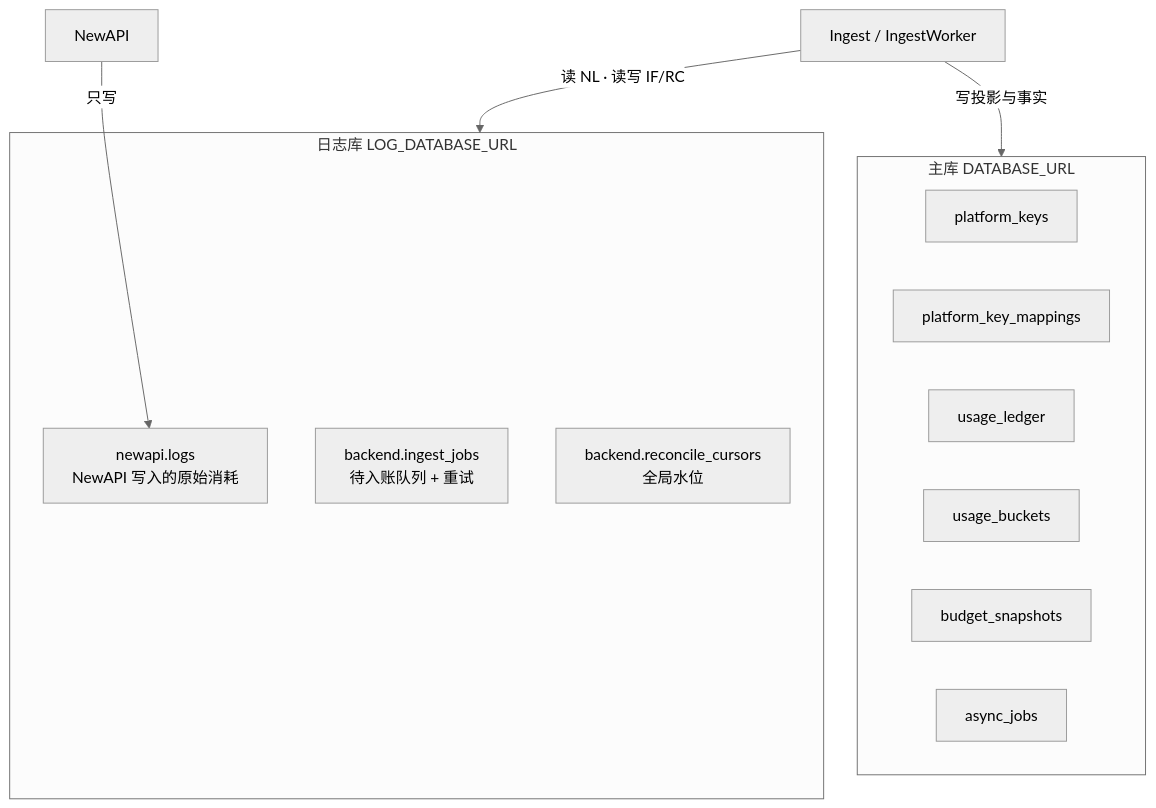
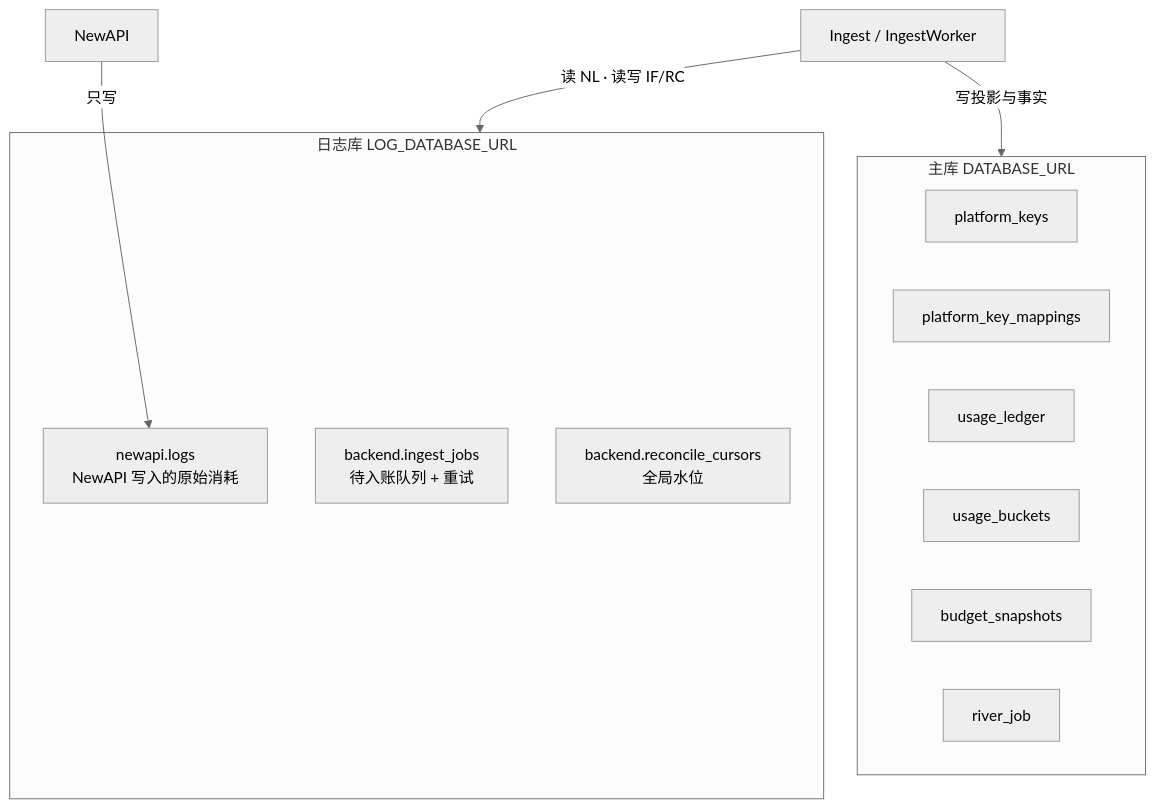
The fourth of 9 diagrams in docs/Backend-Ingest架构.md (quyip8818/mytokenjoy), drawn with Mermaid (neutral theme) before and after one commit. The commit also changed other lines of this file and 112 other files, not shown here.

````diff
--- a/docs/Backend-Ingest架构.md
+++ b/docs/Backend-Ingest架构.md
@@ -143,21 +143,21 @@
 ```mermaid
 flowchart TB
   subgraph mainDB [主库 DATABASE_URL]
     PK[platform_keys]
     RM[platform_key_mappings]
     UL[usage_ledger]
     UB[usage_buckets]
     BS[budget_snapshots]
-    AJ[async_jobs]
+    RJ[river_job]
   end
 
   subgraph logDB [日志库 LOG_DATABASE_URL]
     NL["newapi.logs<br/>NewAPI 写入的原始消耗"]
     IF["backend.ingest_jobs<br/>待入账队列 + 重试"]
     RC["backend.reconcile_cursors<br/>全局水位"]
   end
 
   NA[NewAPI] -->|只写| NL
   BE[Ingest / IngestWorker] -->|读 NL · 读写 IF/RC| logDB
   BE -->|写投影与事实| mainDB
 ```
````
